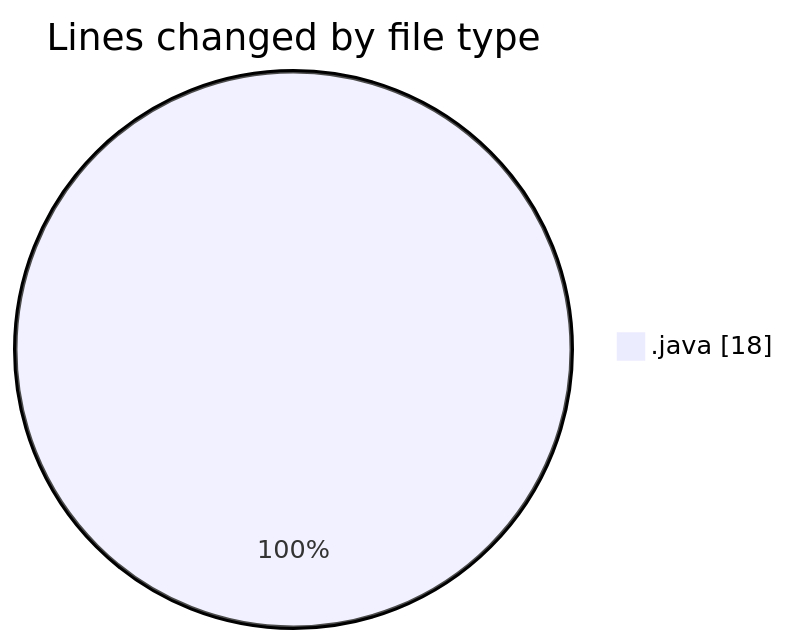
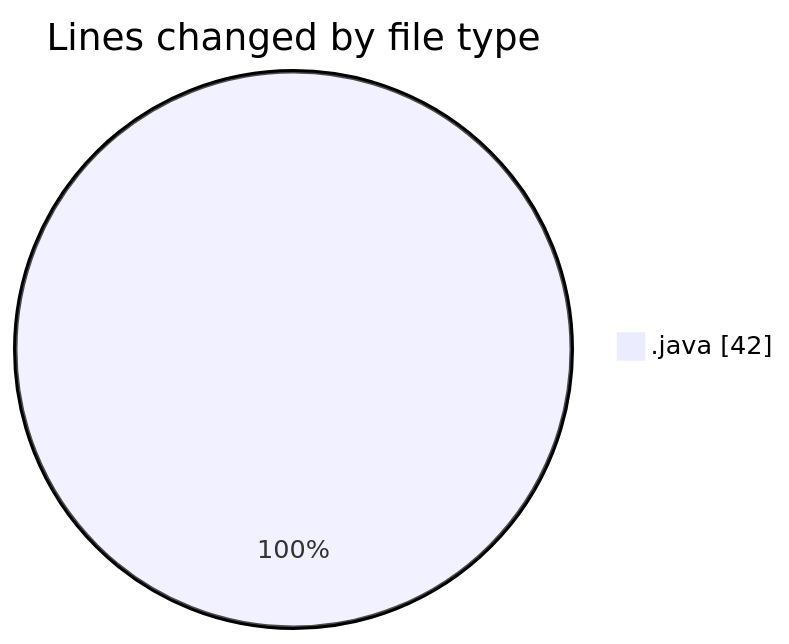
One commit to hasnaa123/code-tracking changed the first of 2 diagrams in 2025-12-28/java_basics/README.md. Above: the diagram before and after it, drawn with Mermaid. The commit also changed other lines of this file and 1 other file, not shown here.

````diff
--- a/2025-12-28/java_basics/README.md
+++ b/2025-12-28/java_basics/README.md
@@ -20,5 +20,5 @@
 ```mermaid
 pie showData
 title Lines changed by file type
-".java" : 18
+".java" : 42
 ```
````
